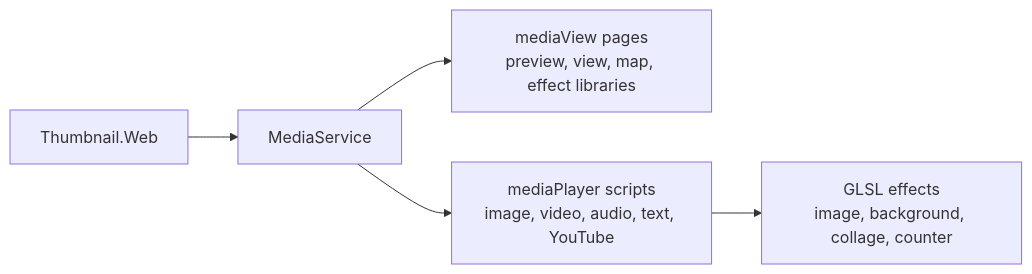
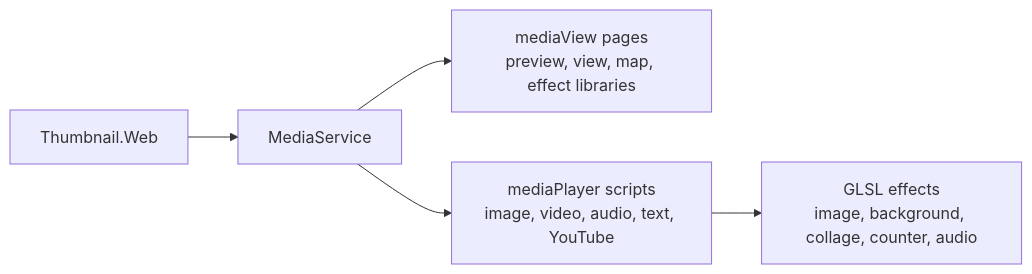
One commit to dosh1974/SysWeaver changed the diagram in SysWeaver.MicroService.Media/README.md. Above: the diagram before and after it, drawn with Mermaid. The commit also changed other lines of this file and 324 other files, not shown here.

````diff
--- a/SysWeaver.MicroService.Media/README.md
+++ b/SysWeaver.MicroService.Media/README.md
@@ -18,7 +18,7 @@
 ```mermaid
 flowchart LR
   Svc["MediaService"] --> Pages["mediaView pages<br/>preview, view, map, effect libraries"]
   Svc --> Player["mediaPlayer scripts<br/>image, video, audio, text, YouTube"]
-  Player --> Fx["GLSL effects<br/>image, background, collage, counter"]
+  Player --> Fx["GLSL effects<br/>image, background, collage, counter, audio"]
   Thumb["Thumbnail.Web"] --> Svc
 ```
````
